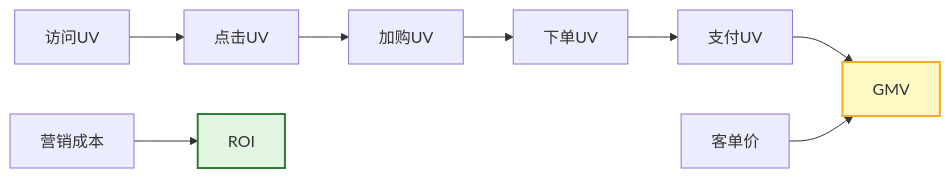
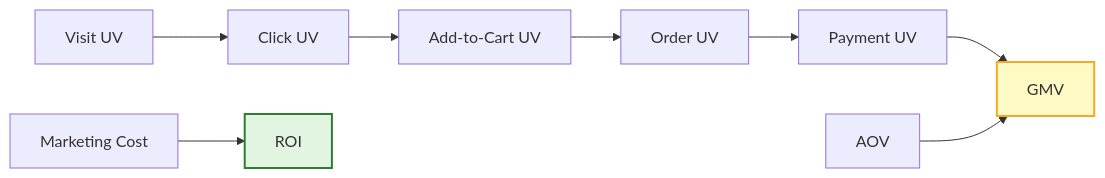
Before and after one commit to Kirky-X/cangjie: the third of 9 diagrams in templates/产品/运营层/【模板】数据看板.md, drawn with Mermaid. The commit also changed other lines of this file and 46 other files, not shown here.

````diff
--- a/templates/产品/运营层/【模板】数据看板.md
+++ b/templates/产品/运营层/【模板】数据看板.md
@@ -143,16 +143,16 @@
 ```mermaid
 
 
 flowchart LR
-    A["访问UV"] --> B["点击UV"]
-    B --> C["加购UV"]
-    C --> D["下单UV"]
-    D --> E["支付UV"]
+    A["Visit UV"] --> B["Click UV"]
+    B --> C["Add-to-Cart UV"]
+    C --> D["Order UV"]
+    D --> E["Payment UV"]
     E --> F["GMV"]
 
-    G["客单价"] --> F
-    H["营销成本"] --> I["ROI"]
+    G["AOV"] --> F
+    H["Marketing Cost"] --> I["ROI"]
 
     style F fill:#fff9c4,stroke:#f9a825,stroke-width:2px
     style I fill:#e1f5e1,stroke:#2e7d32,stroke-width:2px
 ```
````
